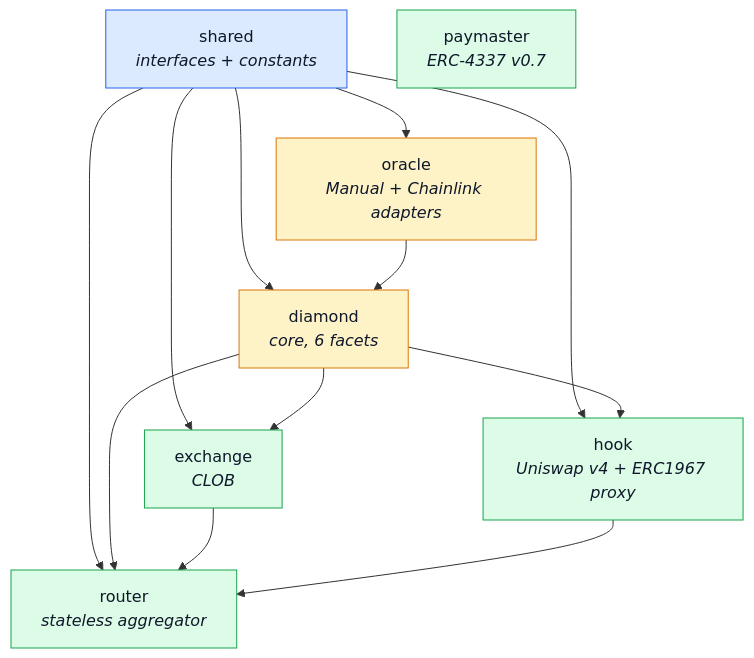
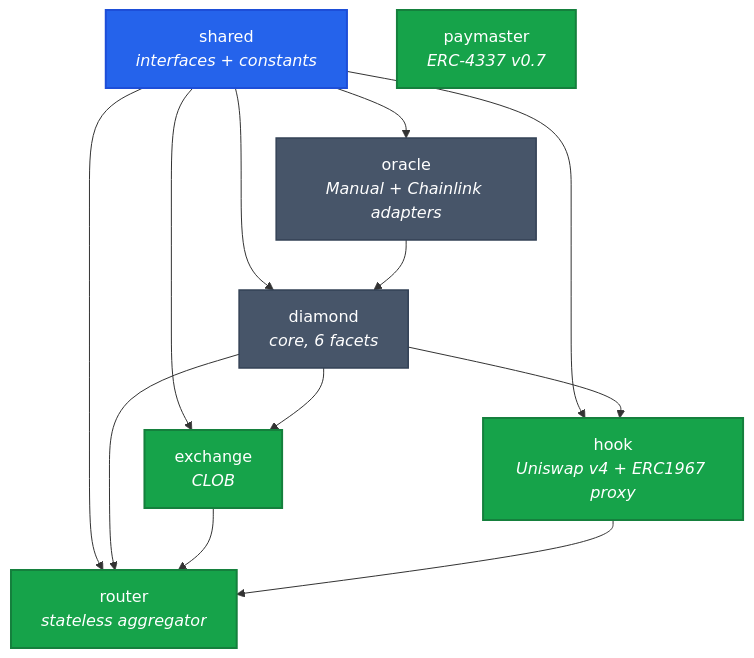
The first of 3 diagrams in vi_v6/giao-thuc/smart-contracts.md (PrediX-Protocol/predix-docs), drawn with Mermaid before and after one commit. The commit also changed 32 other files, not shown here.

First line of the commit message:
docs(vi_v6): redesign Mermaid theme — solid mid-tone palette + dark theme

````diff
--- a/vi_v6/giao-thuc/smart-contracts.md
+++ b/vi_v6/giao-thuc/smart-contracts.md
@@ -7,29 +7,29 @@
 ```mermaid
 flowchart TB
     Shared[shared<br/><i>interfaces + constants</i>]
     Oracle[oracle<br/><i>Manual + Chainlink adapters</i>]
     Diamond[diamond<br/><i>core, 6 facets</i>]
     Hook[hook<br/><i>Uniswap v4 + ERC1967 proxy</i>]
     Exchange[exchange<br/><i>CLOB</i>]
     Router[router<br/><i>stateless aggregator</i>]
     Paymaster[paymaster<br/><i>ERC-4337 v0.7</i>]
 
     Shared --> Oracle
     Shared --> Diamond
     Shared --> Hook
     Shared --> Exchange
     Shared --> Router
     Oracle --> Diamond
     Diamond --> Hook
     Diamond --> Exchange
     Diamond --> Router
     Exchange --> Router
     Hook --> Router
 
-    classDef base fill:#dbeafe,stroke:#2563eb,color:#0f172a
-    classDef core fill:#fef3c7,stroke:#d97706,color:#0f172a
-    classDef leaf fill:#dcfce7,stroke:#16a34a,color:#0f172a
+    classDef base fill:#2563eb,stroke:#1d4ed8,color:#fff,stroke-width:2px
+    classDef core fill:#475569,stroke:#334155,color:#fff,stroke-width:1.5px
+    classDef leaf fill:#16a34a,stroke:#15803d,color:#fff,stroke-width:2px
     class Shared base
     class Diamond,Oracle core
     class Hook,Exchange,Router,Paymaster leaf
 ```
````
